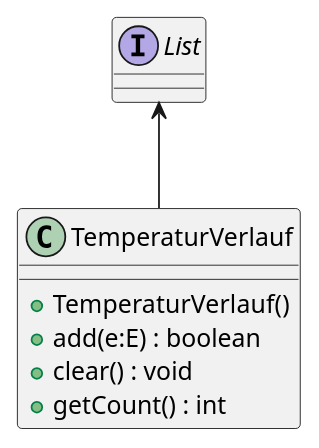
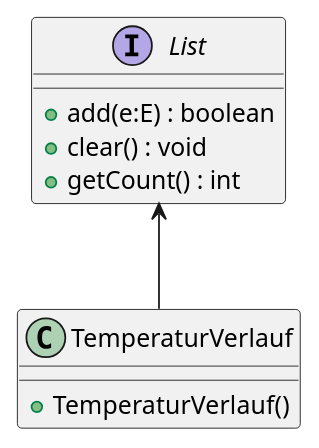
The diagram in src/main/java/ch/hslu/sw08/TemperaturVerlauf.puml (Seri0uz/oop_exercises), drawn with PlantUML before and after one commit. The commit also changed 2 other files, not shown here.

```diff
--- a/src/main/java/ch/hslu/sw08/TemperaturVerlauf.puml
+++ b/src/main/java/ch/hslu/sw08/TemperaturVerlauf.puml
@@ -1,15 +1,14 @@
 @startuml
 'https://plantuml.com/class-diagram
 interface List {
-
-}
-
-class TemperaturVerlauf {
-+ TemperaturVerlauf()
 + add(e:E) : boolean
 + clear() : void
 + getCount() : int
 }
 
+class TemperaturVerlauf {
++ TemperaturVerlauf()
+}
+
 List <-- TemperaturVerlauf
 @enduml
```
